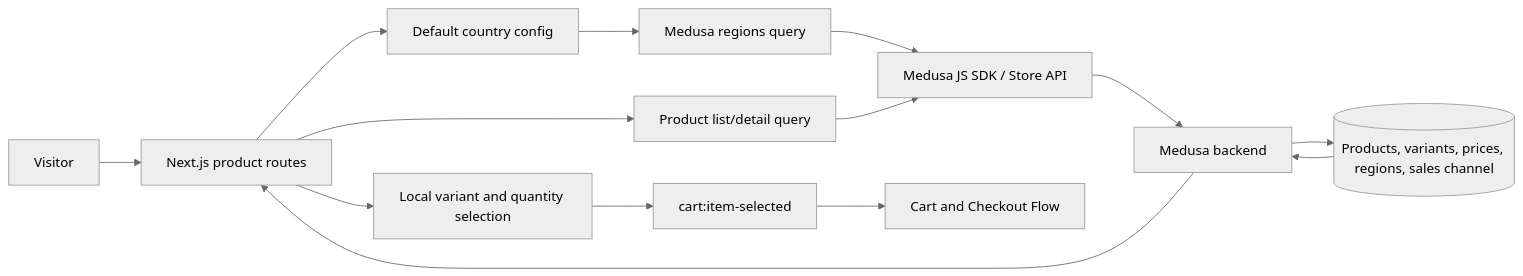
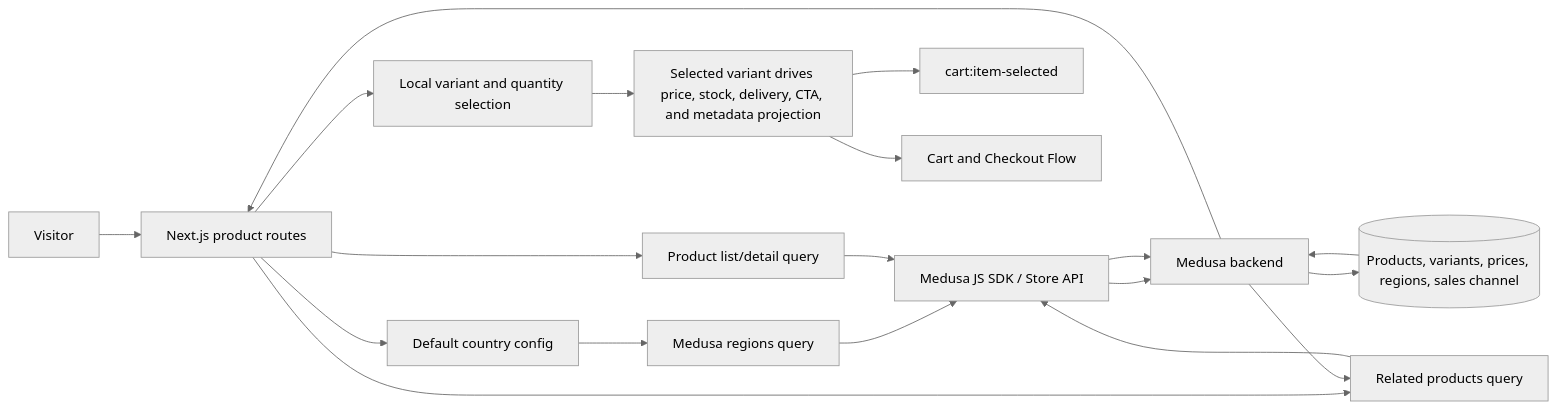
Before and after one commit to AtoshaKartosha/sunluk: the second of 2 diagrams in flows/features/catalog-browsing.md, drawn with Mermaid (neutral theme). The commit also changed other lines of this file and 15 other files, not shown here.

````diff
--- a/flows/features/catalog-browsing.md
+++ b/flows/features/catalog-browsing.md
@@ -93,16 +101,21 @@
 ```mermaid
 flowchart LR
   Visitor[Visitor] --> UI[Next.js product routes]
   UI --> Config[Default country config]
   Config --> RegionQuery[Medusa regions query]
   RegionQuery --> SDK[Medusa JS SDK / Store API]
   UI --> ProductQuery[Product list/detail query]
   ProductQuery --> SDK
   SDK --> Backend[Medusa backend]
   Backend --> Catalog[(Products, variants, prices, regions, sales channel)]
   Catalog --> Backend
   Backend --> UI
   UI --> Selection[Local variant and quantity selection]
-  Selection --> Event[cart:item-selected]
-  Event --> Cart[Cart and Checkout Flow]
+  Selection --> Projection[Selected variant drives price, stock, delivery, CTA, and metadata projection]
+  Projection --> Event[cart:item-selected]
+  UI --> Related[Related products query]
+  Related --> SDK
+  SDK --> Backend[Medusa backend]
+  Backend --> Related
+  Projection --> Cart[Cart and Checkout Flow]
 ```
````
